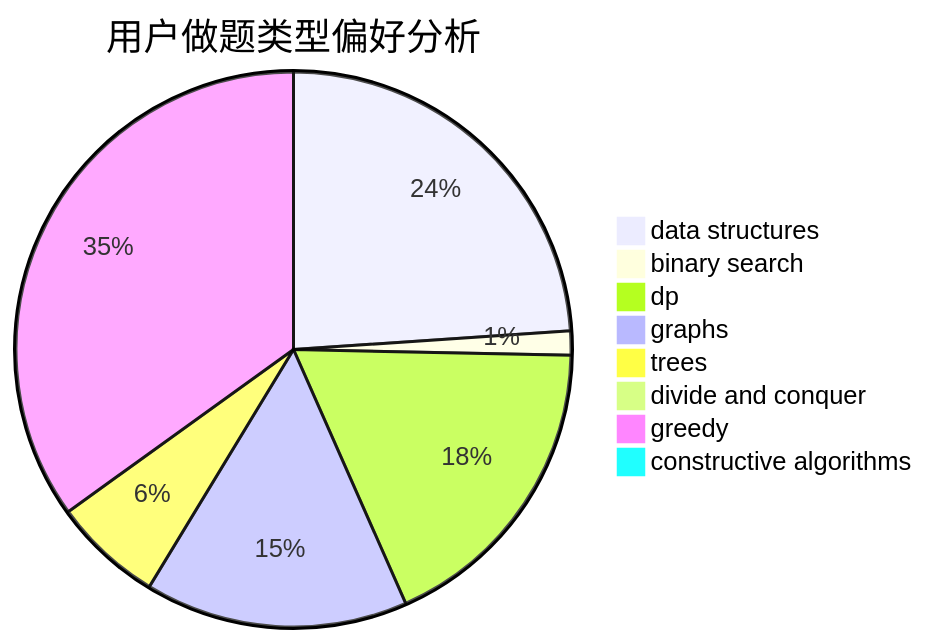
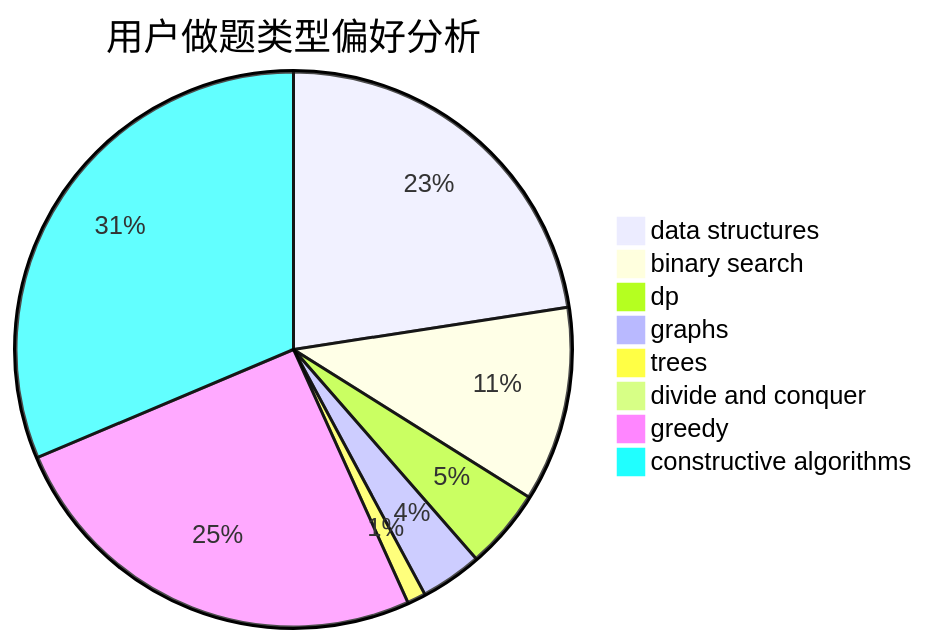
The second of 3 diagrams in docs/user/u1732.md (sherpahu/cfrs.github.io), drawn with Mermaid before and after one commit. The commit also changed other lines of this file and 2770 other files, not shown here.

````diff
--- a/docs/user/u1732.md
+++ b/docs/user/u1732.md
@@ -23,11 +23,11 @@
 ```mermaid
 pie title 用户做题类型偏好分析
-    "data structures" :  289
-    "binary search" :  17
-    "dp" :  218
-    "graphs" :  185
-    "trees" :  77
-    "divide and conquer" :  9
-    "greedy" :  422
-    "constructive algorithms" :  6
+    "data structures" :  334
+    "binary search" :  168
+    "dp" :  69
+    "graphs" :  53
+    "trees" :  16
+    "divide and conquer" :  0
+    "greedy" :  376
+    "constructive algorithms" :  464
 ```
````
